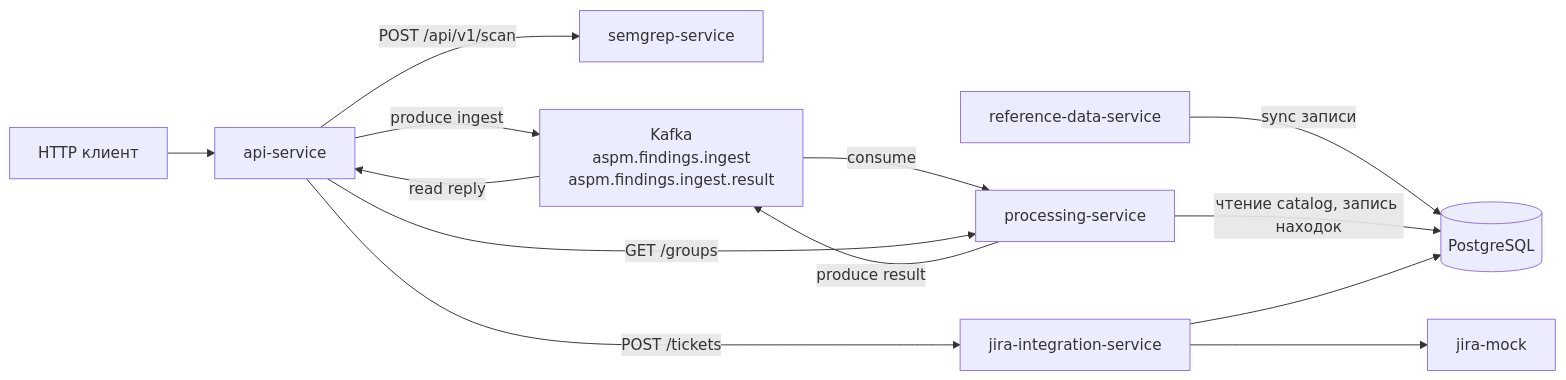
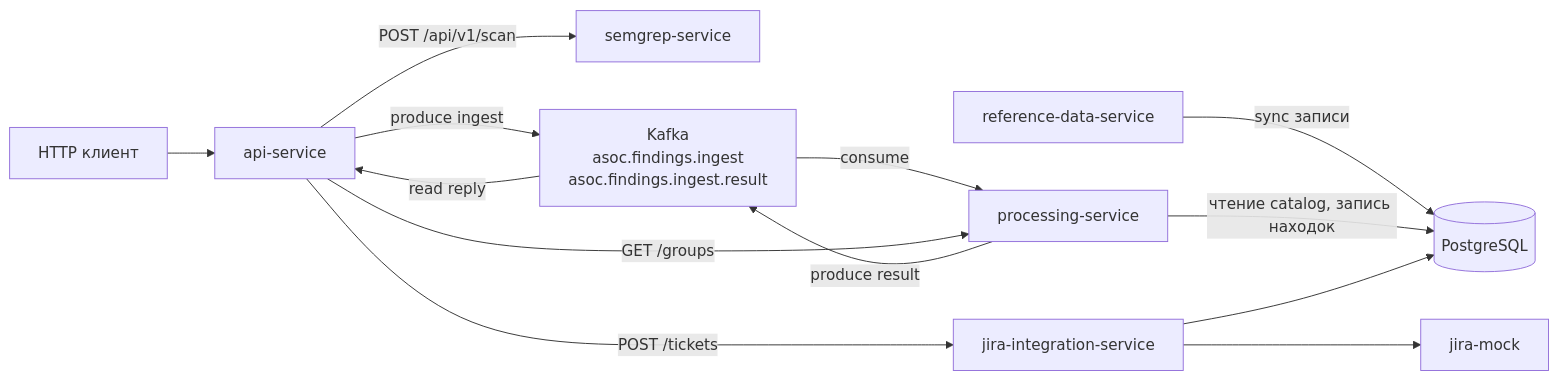
Before and after one commit to tkhananiev/mephi_vkr_asoc: the diagram in docs/diagrams/kafka_app_flow.mmd, drawn with Mermaid. The commit also changed 76 other files, not shown here.

Commit message:
chore: rename project aspm → asoc (module, k8s, docker, db)

```diff
--- a/docs/diagrams/kafka_app_flow.mmd
+++ b/docs/diagrams/kafka_app_flow.mmd
@@ -1,27 +1,27 @@
 %% Поток с Kafka для ingest находок (compose с APP_KAFKA_BROKERS).
 %% Сканирование Semgrep: по умолчанию WebGoat (APP_DEFAULT_* у api-service), см. demo/scan-targets/README.md
 %% Рендер: Mermaid в VS Code / GitHub / diagrams.net (import)
 
 flowchart LR
   Client[HTTP клиент]
   API[api-service]
   SG[semgrep-service]
-  K[Kafka<br/>aspm.findings.ingest<br/>aspm.findings.ingest.result]
+  K[Kafka<br/>asoc.findings.ingest<br/>asoc.findings.ingest.result]
   PR[processing-service]
   RD[reference-data-service]
   JI[jira-integration-service]
   JM[jira-mock]
   DB[(PostgreSQL)]
 
   Client --> API
   API -->|POST /api/v1/scan| SG
   API -->|produce ingest| K
   K -->|consume| PR
   PR -->|produce result| K
   K -->|read reply| API
   API -->|GET /groups| PR
   RD -->|sync записи| DB
   PR -->|чтение catalog, запись находок| DB
   API -->|POST /tickets| JI
   JI --> JM
   JI --> DB
```
